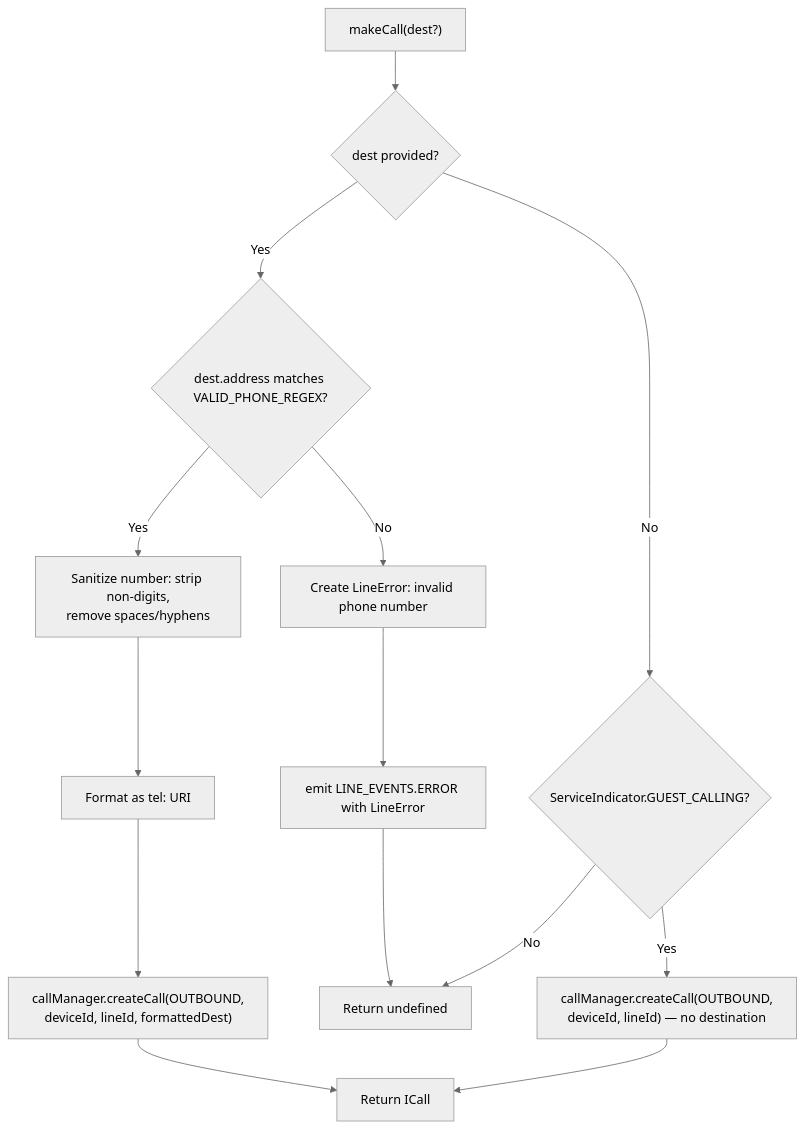
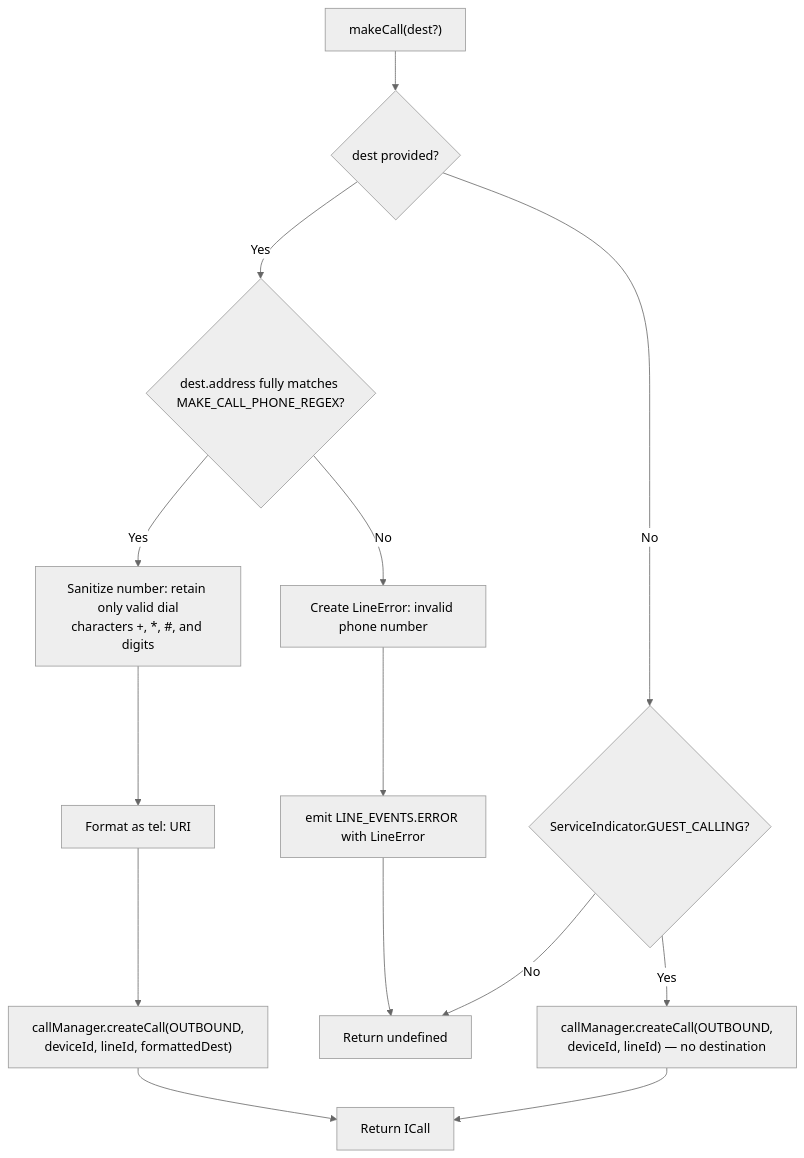
Before and after one commit to webex/webex-js-sdk: the fourth of 8 diagrams in packages/calling/src/CallingClient/line/ai-docs/line-spec.md, drawn with Mermaid (neutral theme). The commit also changed other lines of this file and 12 other files, not shown here.

First line of the commit message:
CAI-8466: fix(calling): sec-vulnerabilities part 1 — validate makeCall dest, WSS frame guard, keepalive timeout

````diff
--- a/packages/calling/src/CallingClient/line/ai-docs/line-spec.md
+++ b/packages/calling/src/CallingClient/line/ai-docs/line-spec.md
@@ -409,19 +409,19 @@
 ```mermaid
 flowchart TD
   A["makeCall(dest?)"] --> B{dest provided?}
 
-  B -- Yes --> C{dest.address matches VALID_PHONE_REGEX?}
-  C -- Yes --> D[Sanitize number: strip non-digits,<br/>remove spaces/hyphens]
+  B -- Yes --> C{dest.address fully matches MAKE_CALL_PHONE_REGEX?}
+  C -- Yes --> D[Sanitize number: retain only valid dial<br/>characters +, *, #, and digits]
   D --> E["Format as tel: URI"]
   E --> F["callManager.createCall(OUTBOUND,<br/>deviceId, lineId, formattedDest)"]
   F --> G[Return ICall]
 
   C -- No --> H[Create LineError: invalid phone number]
   H --> I[emit LINE_EVENTS.ERROR with LineError]
   I --> J[Return undefined]
 
   B -- No --> K{ServiceIndicator.GUEST_CALLING?}
   K -- Yes --> L["callManager.createCall(OUTBOUND,<br/>deviceId, lineId) — no destination"]
   L --> G
   K -- No --> J
 ```
````
